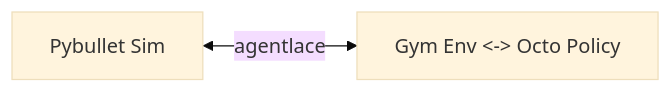
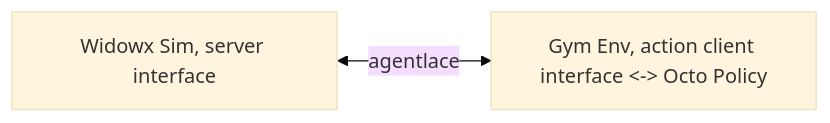
The first of 2 diagrams in README.md (rail-berkeley/manipulator_gym), drawn with Mermaid (base theme) before and after one commit. The commit also changed other lines of this file and 9 other files, not shown here.

````diff
--- a/README.md
+++ b/README.md
@@ -77,5 +107,5 @@
 ```mermaid
 graph LR
-    A[Pybullet Sim]
-    A <--agentlace--> B[Gym Env <-> Octo Policy]
+    A[Widowx Sim, server interface]
+    A <--agentlace--> B[Gym Env, action client interface <-> Octo Policy]
 ```
````
